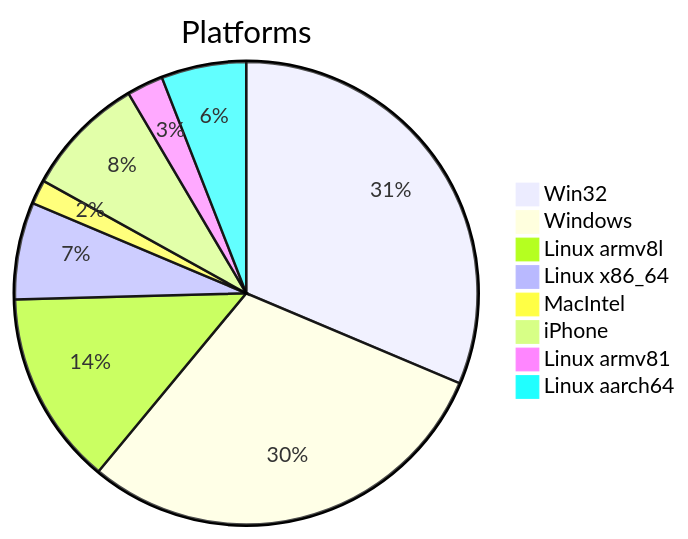
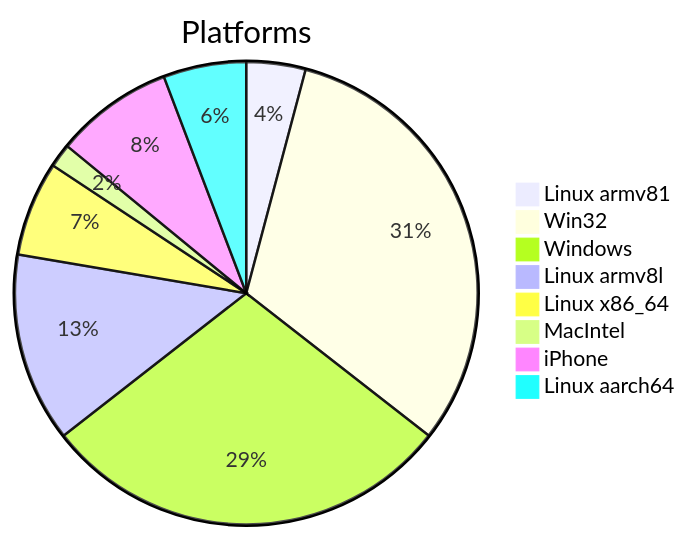
One commit to Krugou/socials changed the first of 2 diagrams in DATA_REPORT.md. Above: the diagram before and after it, drawn with Mermaid. The commit also changed other lines of this file and 2 other files, not shown here.

````diff
--- a/DATA_REPORT.md
+++ b/DATA_REPORT.md
@@ -13,11 +9,11 @@
 ```mermaid
 pie title Platforms
-    "Win32" : 37
+    "Linux armv81" : 5
+    "Win32" : 38
     "Windows" : 35
     "Linux armv8l" : 16
     "Linux x86_64" : 8
     "MacIntel" : 2
     "iPhone" : 10
-    "Linux armv81" : 3
     "Linux aarch64" : 7
 ```
````
